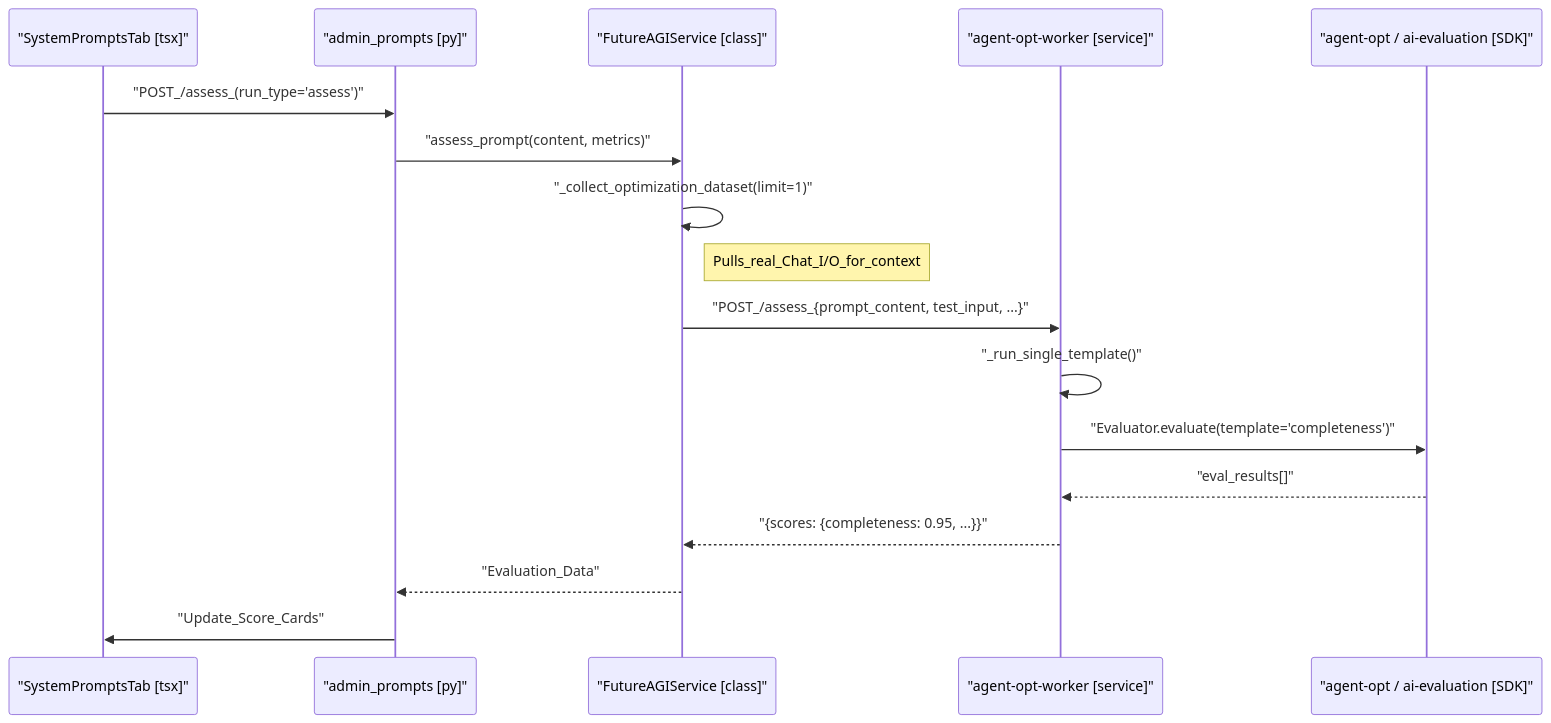
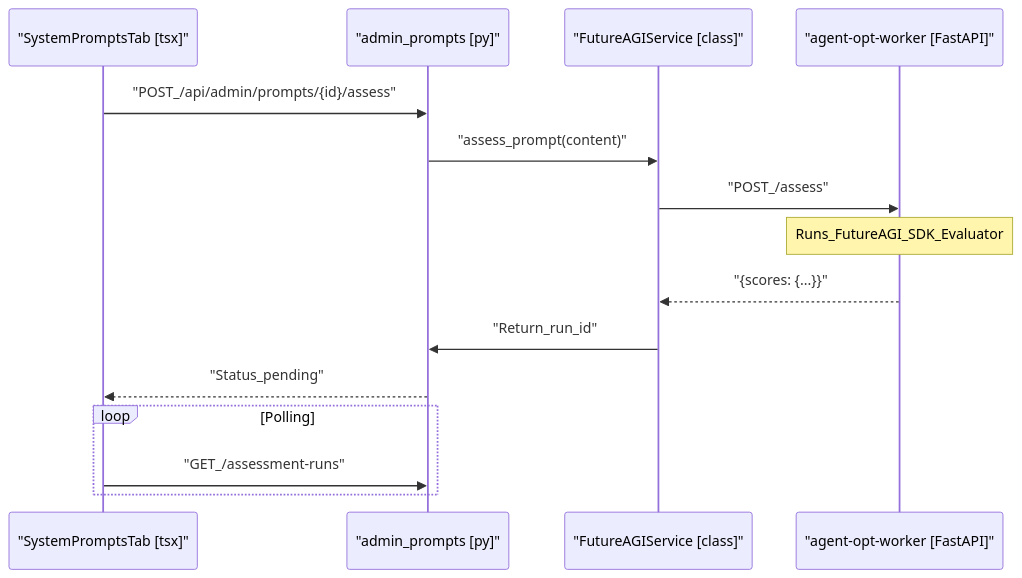
Before and after one commit to AutomatosAI/automatos-ai: the third of 3 diagrams in docs/prompt-optimization/system-prompt-management.md, drawn with Mermaid. The commit also changed other lines of this file and 153 other files, not shown here.

````diff
--- a/docs/prompt-optimization/system-prompt-management.md
+++ b/docs/prompt-optimization/system-prompt-management.md
@@ -155,20 +144,18 @@
 ```mermaid
 sequenceDiagram
     participant UI as "SystemPromptsTab [tsx]"
     participant API as "admin_prompts [py]"
     participant Svc as "FutureAGIService [class]"
-    participant Worker as "agent-opt-worker [service]"
-    participant SDK as "agent-opt / ai-evaluation [SDK]"
+    participant Worker as "agent-opt-worker [FastAPI]"
 
-    UI->>API: "POST_/assess_(run_type='assess')"
-    API->>Svc: "assess_prompt(content, metrics)"
-    Svc->>Svc: "_collect_optimization_dataset(limit=1)"
-    Note right of Svc: Pulls_real_Chat_I/O_for_context
-    Svc->>Worker: "POST_/assess_{prompt_content, test_input, ...}"
-    Worker->>Worker: "_run_single_template()"
-    Worker->>SDK: "Evaluator.evaluate(template='completeness')"
-    SDK-->>Worker: "eval_results[]"
-    Worker-->>Svc: "{scores: {completeness: 0.95, ...}}"
-    Svc-->>API: "Evaluation_Data"
-    API->>UI: "Update_Score_Cards"
+    UI->>API: "POST_/api/admin/prompts/{id}/assess"
+    API->>Svc: "assess_prompt(content)"
+    Svc->>Worker: "POST_/assess"
+    Note over Worker: Runs_FutureAGI_SDK_Evaluator
+    Worker-->>Svc: "{scores: {...}}"
+    Svc->>API: "Return_run_id"
+    API-->>UI: "Status_pending"
+    loop Polling
+        UI->>API: "GET_/assessment-runs"
+    end
 ```
````
